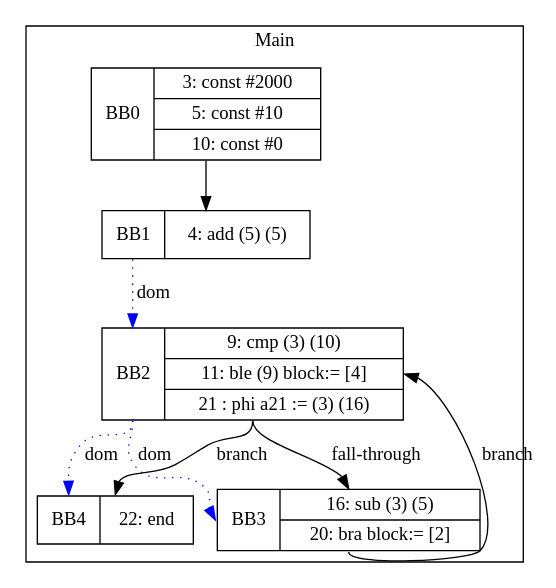
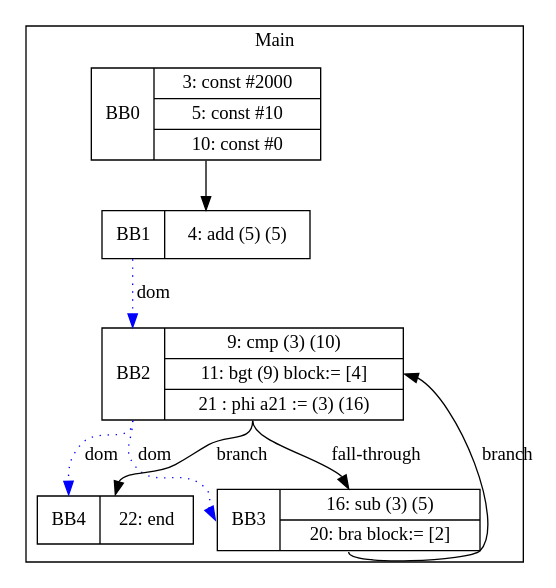
The diagram in visualization/jmcgowa/CSE_Tests/CSE5.gv (zjc664656505/UCI-CS241-Advanced-Compiler-main), drawn with Graphviz before and after one commit. The commit also changed 20 other files, not shown here.

```diff
--- a/visualization/jmcgowa/CSE_Tests/CSE5.gv
+++ b/visualization/jmcgowa/CSE_Tests/CSE5.gv
@@ -1,18 +1,18 @@
 digraph G {
 node [shape=record];
 subgraph cluster_main{
 label = "Main";
 BB0 [shape=record, label="<b>BB0|{3: const #2000|5: const #10|10: const #0}"];
 BB1 [shape=record, label="<b>BB1|{4: add (5) (5)}"];
-BB2 [shape=record, label="<b>BB2|{9: cmp (3) (10)|11: ble (9) block:= [4]|21 : phi a21 := (3) (16)}"];
+BB2 [shape=record, label="<b>BB2|{9: cmp (3) (10)|11: bgt (9) block:= [4]|21 : phi a21 := (3) (16)}"];
 BB3 [shape=record, label="<b>BB3|{16: sub (3) (5)|20: bra block:= [2]}"];
 BB4 [shape=record, label="<b>BB4|{22: end}"];
 }
 BB0:s -> BB1:n ;
 BB2:b -> BB3:b [color=blue, style=dotted, label="dom"];
 BB2:b -> BB4:b [color=blue, style=dotted, label="dom"];
 BB1:b -> BB2:b [color=blue, style=dotted, label="dom"];
 BB2:s -> BB4:n [label="branch"];
 BB3:s -> BB2:e [label="branch"];
 BB2:s -> BB3:n [label="fall-through"];
 }
```
